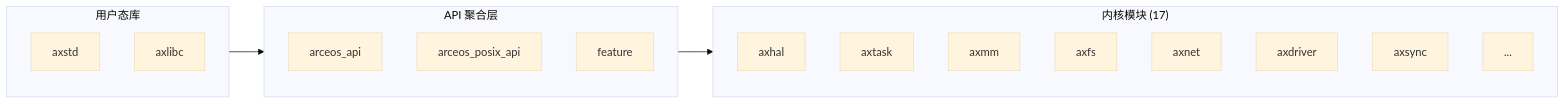
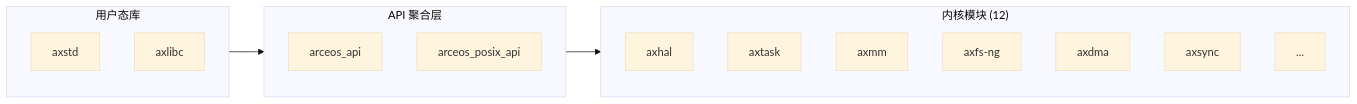
The second of 4 diagrams in docs/docs/introduction/overview.md (rcore-os/tgoskits), drawn with Mermaid (base theme) before and after one commit. The commit also changed other lines of this file and 1 other file, not shown here.

````diff
--- a/docs/docs/introduction/overview.md
+++ b/docs/docs/introduction/overview.md
@@ -166,24 +166,22 @@
 ```mermaid
 flowchart LR
     subgraph ulib["用户态库"]
         axstd["axstd"]
         axlibc["axlibc"]
     end
     subgraph api["API 聚合层"]
         arceos_api["arceos_api"]
         posix_api["arceos_posix_api"]
-        feature["feature"]
     end
-    subgraph mods["内核模块 (17)"]
+    subgraph mods["内核模块 (12)"]
         hal["axhal"]
         task["axtask"]
         mm["axmm"]
-        fs["axfs"]
-        net["axnet"]
-        drv["axdriver"]
+        fs["axfs-ng"]
+        dma["axdma"]
         sync["axsync"]
         other["..."]
     end
 
     ulib --> api --> mods
 ```
````
